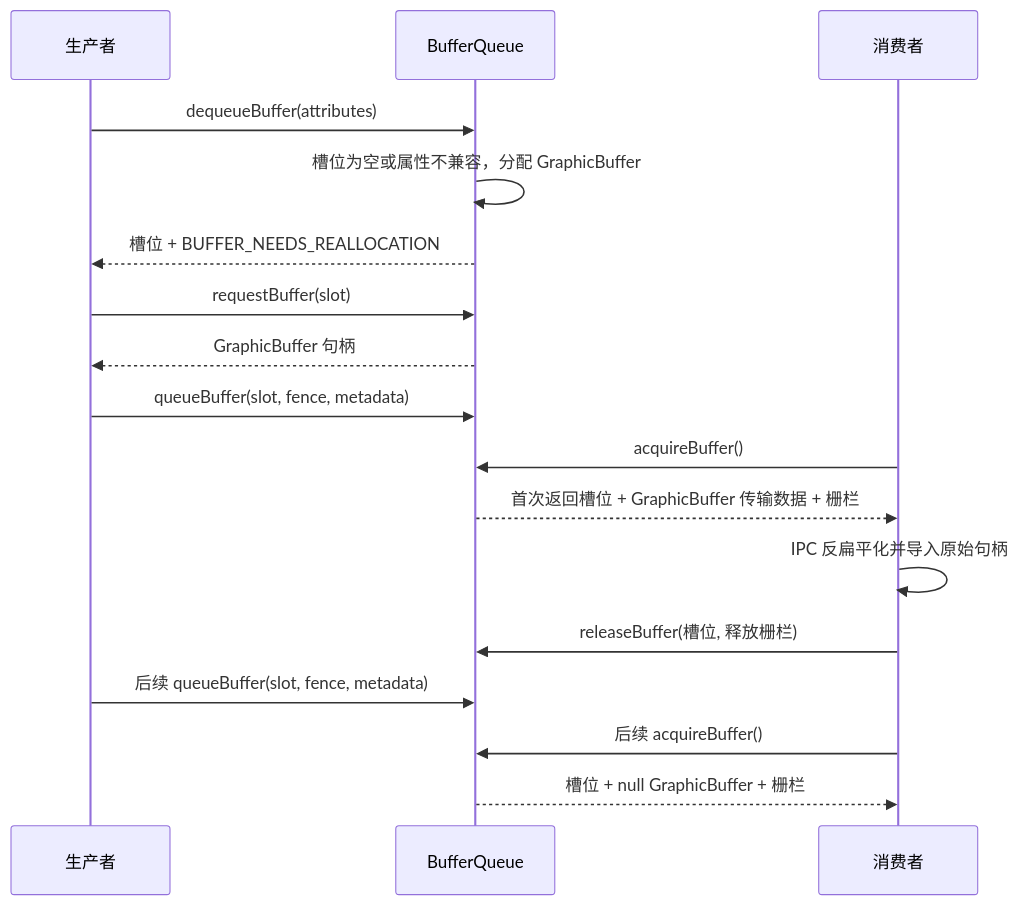
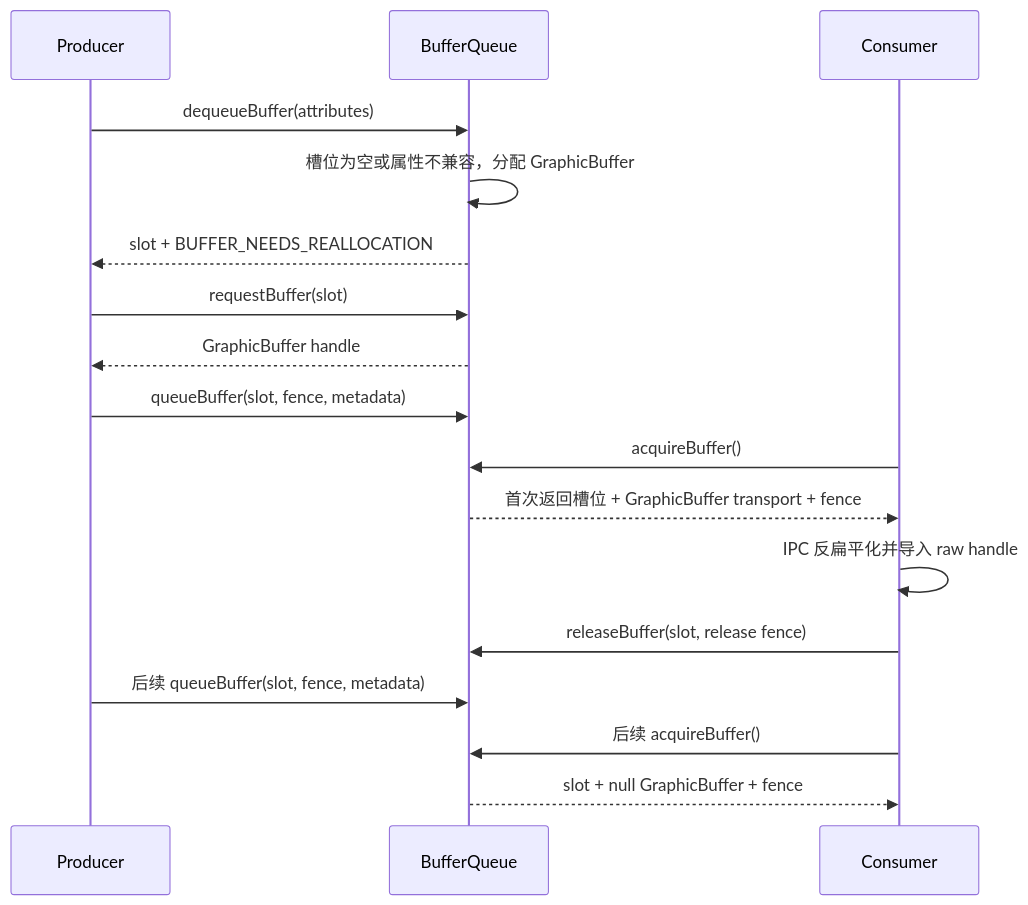
One commit to Gracker/android-internals-wiki changed the second of 2 diagrams in src/part1-fundamentals/ch02-rendering/15-dmabuf-gralloc.md. Above: the diagram before and after it, drawn with Mermaid. The commit also changed other lines of this file and 4 other files, not shown here.

````diff
--- a/src/part1-fundamentals/ch02-rendering/15-dmabuf-gralloc.md
+++ b/src/part1-fundamentals/ch02-rendering/15-dmabuf-gralloc.md
@@ -324,20 +324,20 @@
 ```mermaid
 sequenceDiagram
-    participant P as 生产者
+    participant P as Producer
     participant BQ as BufferQueue
-    participant C as 消费者
+    participant C as Consumer
 
     P->>BQ: dequeueBuffer(attributes)
     BQ->>BQ: 槽位为空或属性不兼容，分配 GraphicBuffer
-    BQ-->>P: 槽位 + BUFFER_NEEDS_REALLOCATION
+    BQ-->>P: slot + BUFFER_NEEDS_REALLOCATION
     P->>BQ: requestBuffer(slot)
-    BQ-->>P: GraphicBuffer 句柄
+    BQ-->>P: GraphicBuffer handle
     P->>BQ: queueBuffer(slot, fence, metadata)
     C->>BQ: acquireBuffer()
-    BQ-->>C: 首次返回槽位 + GraphicBuffer 传输数据 + 栅栏
-    C->>C: IPC 反扁平化并导入原始句柄
-    C->>BQ: releaseBuffer(槽位, 释放栅栏)
+    BQ-->>C: 首次返回槽位 + GraphicBuffer transport + fence
+    C->>C: IPC 反扁平化并导入 raw handle
+    C->>BQ: releaseBuffer(slot, release fence)
     P->>BQ: 后续 queueBuffer(slot, fence, metadata)
     C->>BQ: 后续 acquireBuffer()
-    BQ-->>C: 槽位 + null GraphicBuffer + 栅栏
+    BQ-->>C: slot + null GraphicBuffer + fence
 ```
````
